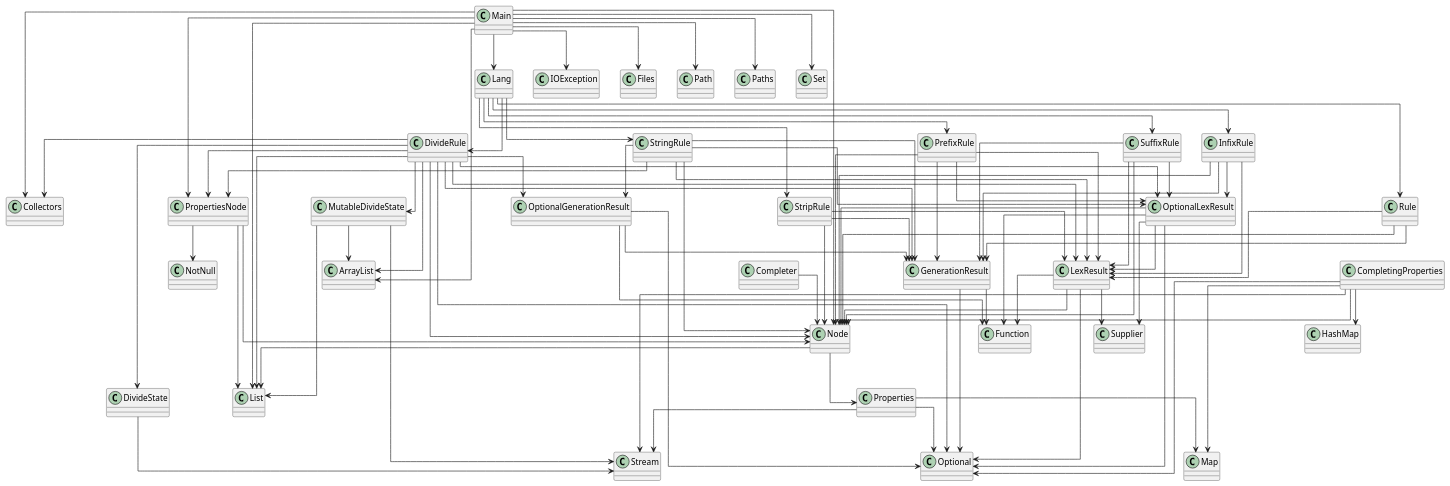
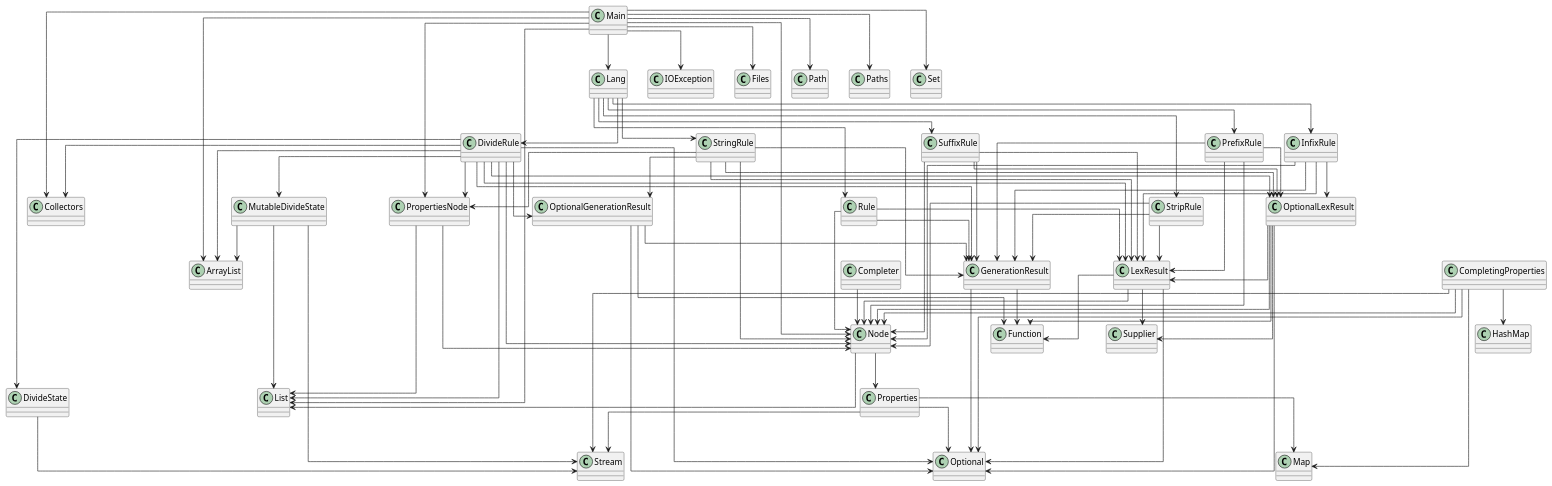
One commit to SirMathhman/Magma changed the diagram in diagram.puml. Above: the diagram before and after it, drawn with PlantUML. The commit also changed 1 other file, not shown here.

```diff
--- a/diagram.puml
+++ b/diagram.puml
@@ -1,109 +1,108 @@
 @startuml
 skinparam linetype ortho
 class Node
 Node --> Properties
 Node --> List
 class OptionalGenerationResult
 OptionalGenerationResult --> GenerationResult
 OptionalGenerationResult --> Optional
 OptionalGenerationResult --> Function
 class Rule
 Rule --> Node
 Rule --> GenerationResult
 Rule --> LexResult
 class Completer
 Completer --> Node
 class Lang
 Lang --> DivideRule
 Lang --> InfixRule
 Lang --> PrefixRule
 Lang --> Rule
 Lang --> StringRule
 Lang --> StripRule
 Lang --> SuffixRule
 class LexResult
 LexResult --> Node
 LexResult --> Optional
 LexResult --> Function
 LexResult --> Supplier
 class MutableDivideState
 MutableDivideState --> ArrayList
 MutableDivideState --> List
 MutableDivideState --> Stream
 class InfixRule
 InfixRule --> Node
 InfixRule --> GenerationResult
 InfixRule --> LexResult
 InfixRule --> OptionalLexResult
 class DivideRule
 DivideRule --> PropertiesNode
 DivideRule --> Node
 DivideRule --> DivideState
 DivideRule --> MutableDivideState
 DivideRule --> GenerationResult
 DivideRule --> OptionalGenerationResult
 DivideRule --> LexResult
 DivideRule --> OptionalLexResult
 DivideRule --> ArrayList
 DivideRule --> List
 DivideRule --> Optional
 DivideRule --> Collectors
 class PrefixRule
 PrefixRule --> Node
 PrefixRule --> GenerationResult
 PrefixRule --> LexResult
 PrefixRule --> OptionalLexResult
 class StringRule
 StringRule --> PropertiesNode
 StringRule --> Node
 StringRule --> GenerationResult
 StringRule --> OptionalGenerationResult
 StringRule --> LexResult
 StringRule --> OptionalLexResult
 class SuffixRule
 SuffixRule --> Node
 SuffixRule --> GenerationResult
 SuffixRule --> LexResult
 SuffixRule --> OptionalLexResult
 class PropertiesNode
 PropertiesNode --> Node
-PropertiesNode --> NotNull
 PropertiesNode --> List
 class GenerationResult
 GenerationResult --> Optional
 GenerationResult --> Function
 class StripRule
 StripRule --> Node
 StripRule --> GenerationResult
 StripRule --> LexResult
 class Main
 Main --> Lang
 Main --> PropertiesNode
 Main --> Node
 Main --> IOException
 Main --> Files
 Main --> Path
 Main --> Paths
 Main --> ArrayList
 Main --> List
 Main --> Set
 Main --> Collectors
 class CompletingProperties
 CompletingProperties --> Node
 CompletingProperties --> HashMap
 CompletingProperties --> Map
 CompletingProperties --> Optional
 CompletingProperties --> Stream
 class DivideState
 DivideState --> Stream
 class Properties
 Properties --> Map
 Properties --> Optional
 Properties --> Stream
 class OptionalLexResult
 OptionalLexResult --> Node
 OptionalLexResult --> LexResult
 OptionalLexResult --> Optional
 OptionalLexResult --> Function
 OptionalLexResult --> Supplier
 @enduml
```
